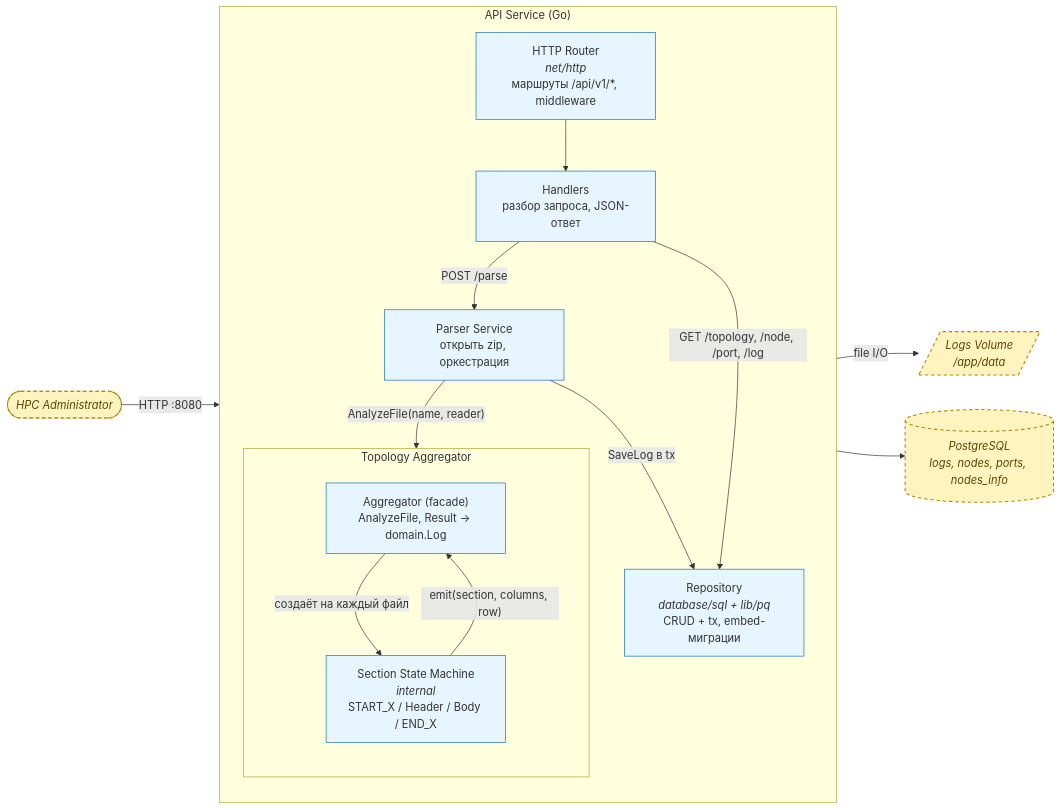
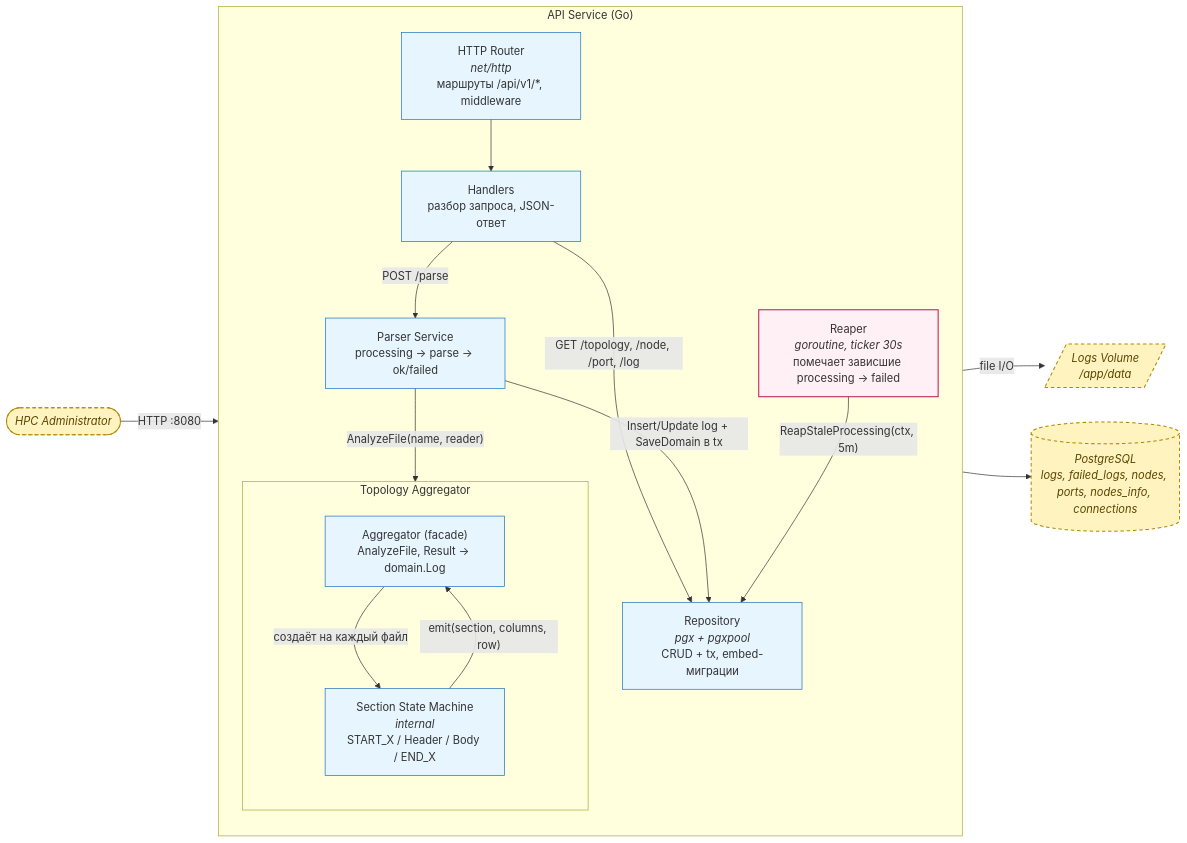
One commit to 6ermvH/log-parser changed the diagram in docs/c3-components.md. Above: the diagram before and after it, drawn with Mermaid.

Commit message:
docs(c3-components): update architecture diagram with reaper and pgx

````diff
--- a/docs/c3-components.md
+++ b/docs/c3-components.md
@@ -3,38 +3,41 @@
 ```mermaid
 flowchart LR
     admin(["HPC Administrator"])
-    db[("PostgreSQL<br/>logs, nodes, ports, nodes_info")]
+    db[("PostgreSQL<br/>logs, failed_logs, nodes, ports, nodes_info, connections")]
     fs[/"Logs Volume<br/>/app/data"/]
 
     subgraph api["API Service (Go)"]
         direction TB
         router["HTTP Router<br/><i>net/http</i><br/>маршруты /api/v1/*, middleware"]
         handlers["Handlers<br/>разбор запроса, JSON-ответ"]
-        parserSvc["Parser Service<br/>открыть zip, оркестрация"]
+        parserSvc["Parser Service<br/>processing → parse → ok/failed"]
 
         subgraph agg["Topology Aggregator"]
             direction TB
             aggFacade["Aggregator (facade)<br/>AnalyzeFile, Result → domain.Log"]
             sm["Section State Machine<br/><i>internal</i><br/>START_X / Header / Body / END_X"]
         end
 
-        repo["Repository<br/><i>database/sql + lib/pq</i><br/>CRUD + tx, embed-миграции"]
+        reaper["Reaper<br/><i>goroutine, ticker 30s</i><br/>помечает зависшие processing → failed"]
+        repo["Repository<br/><i>pgx + pgxpool</i><br/>CRUD + tx, embed-миграции"]
     end
 
     admin -- "HTTP :8080" --> router
     router --> handlers
     handlers -- "POST /parse" --> parserSvc
     handlers -- "GET /topology, /node, /port, /log" --> repo
     parserSvc -- "file I/O" --> fs
     parserSvc -- "AnalyzeFile(name, reader)" --> aggFacade
     aggFacade -- "создаёт на каждый файл" --> sm
     sm -- "emit(section, columns, row)" --> aggFacade
-    parserSvc -- "SaveLog в tx" --> repo
+    parserSvc -- "Insert/Update log + SaveDomain в tx" --> repo
+    reaper -- "ReapStaleProcessing(ctx, 5m)" --> repo
     repo --> db
 
     classDef ext fill:#fff3bf,stroke:#b08900,stroke-width:1.5px,stroke-dasharray:5 4,color:#5a4500,font-style:italic
-    classDef boundary fill:#f8faff,stroke:#3b5bdb,stroke-width:1.5px
     classDef internal fill:#e7f5ff,stroke:#1971c2
+    classDef worker fill:#fff0f6,stroke:#c2185b,stroke-width:1.5px
     class admin,db,fs ext
     class router,handlers,parserSvc,aggFacade,sm,repo internal
+    class reaper worker
 ```
````
